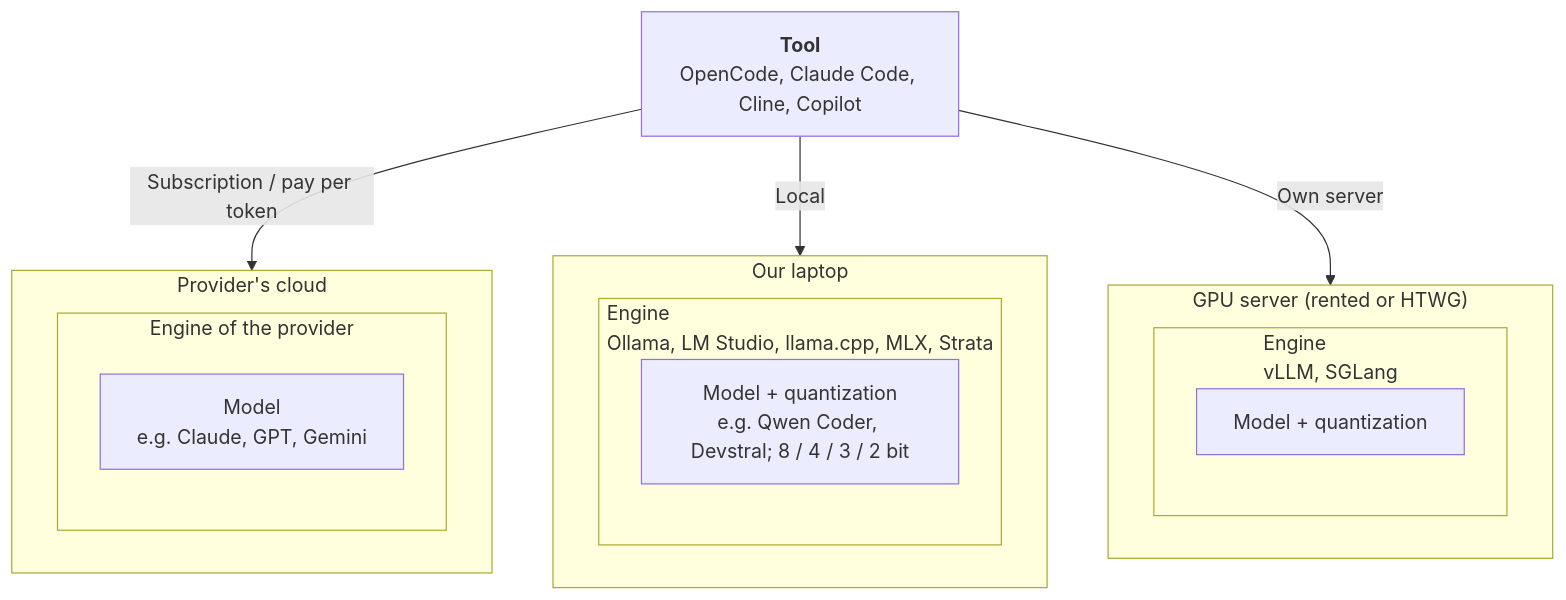
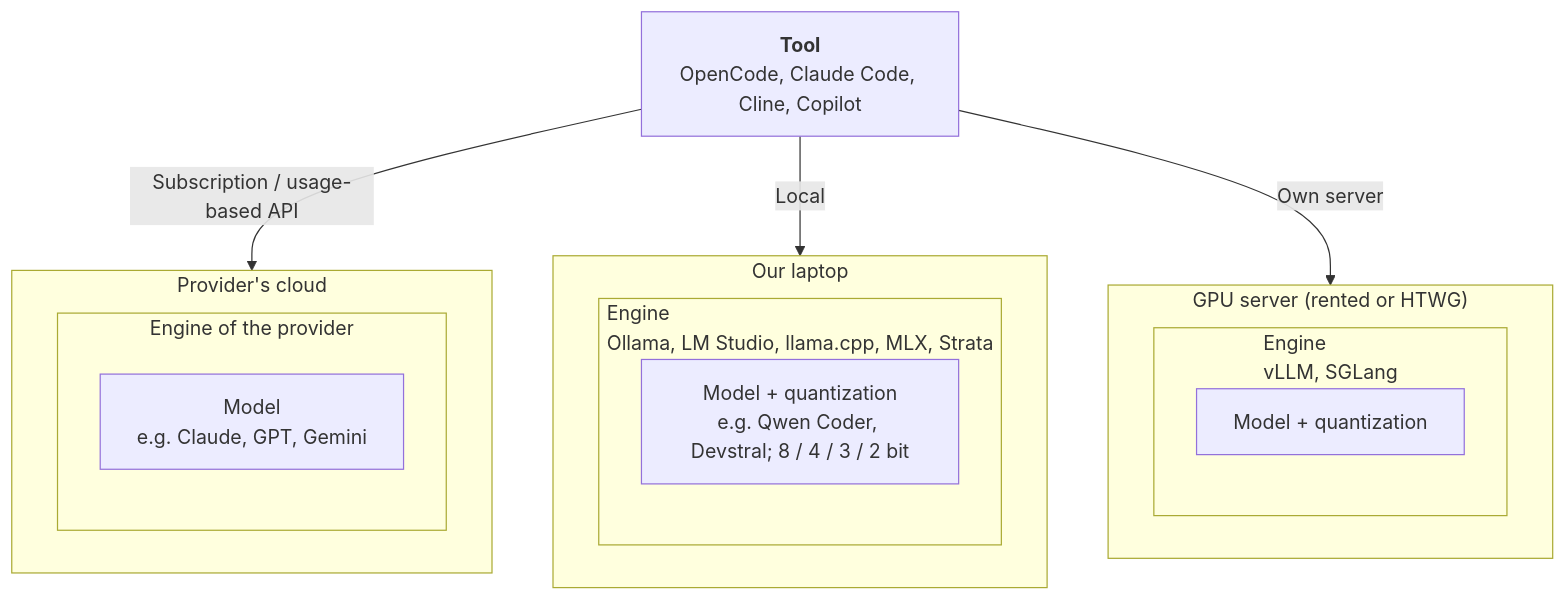
The diagram in docs/recherche/AI-coding-setup/1-overview.md (Teamprojekt-MSI-BIT-SS26/documentation), drawn with Mermaid before and after one commit. The commit also changed other lines of this file and 6 other files, not shown here.

````diff
--- a/docs/recherche/AI-coding-setup/1-overview.md
+++ b/docs/recherche/AI-coding-setup/1-overview.md
@@ -9,26 +9,26 @@
 ```mermaid
 flowchart TD
     T["<b>Tool</b><br/>OpenCode, Claude Code, Cline, Copilot"]
 
-    T -->|"Subscription / pay per token"| C
+    T -->|"Subscription / usage-based API"| C
     T -->|"Local"| L
     T -->|"Own server"| S
 
     subgraph C["Provider's cloud"]
         subgraph CE["Engine of the provider"]
             C1["Model<br/>e.g. Claude, GPT, Gemini"]
         end
     end
 
     subgraph L["Our laptop"]
         subgraph LE["Engine<br/>Ollama, LM Studio, llama.cpp, MLX, Strata"]
             L1["Model + quantization<br/>e.g. Qwen Coder, Devstral; 8 / 4 / 3 / 2 bit"]
         end
     end
 
     subgraph S["GPU server (rented or HTWG)"]
         subgraph SE["Engine<br/>vLLM, SGLang"]
             S1["Model + quantization"]
         end
     end
 ```
````
